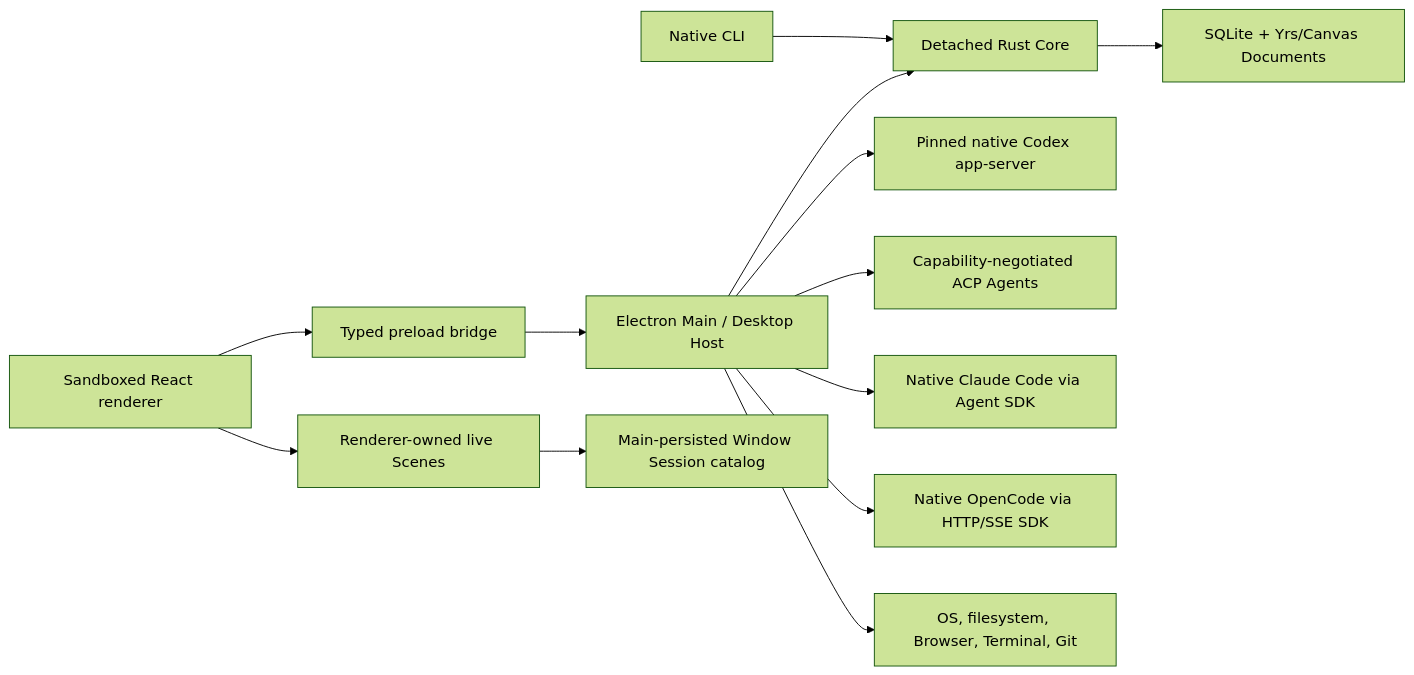
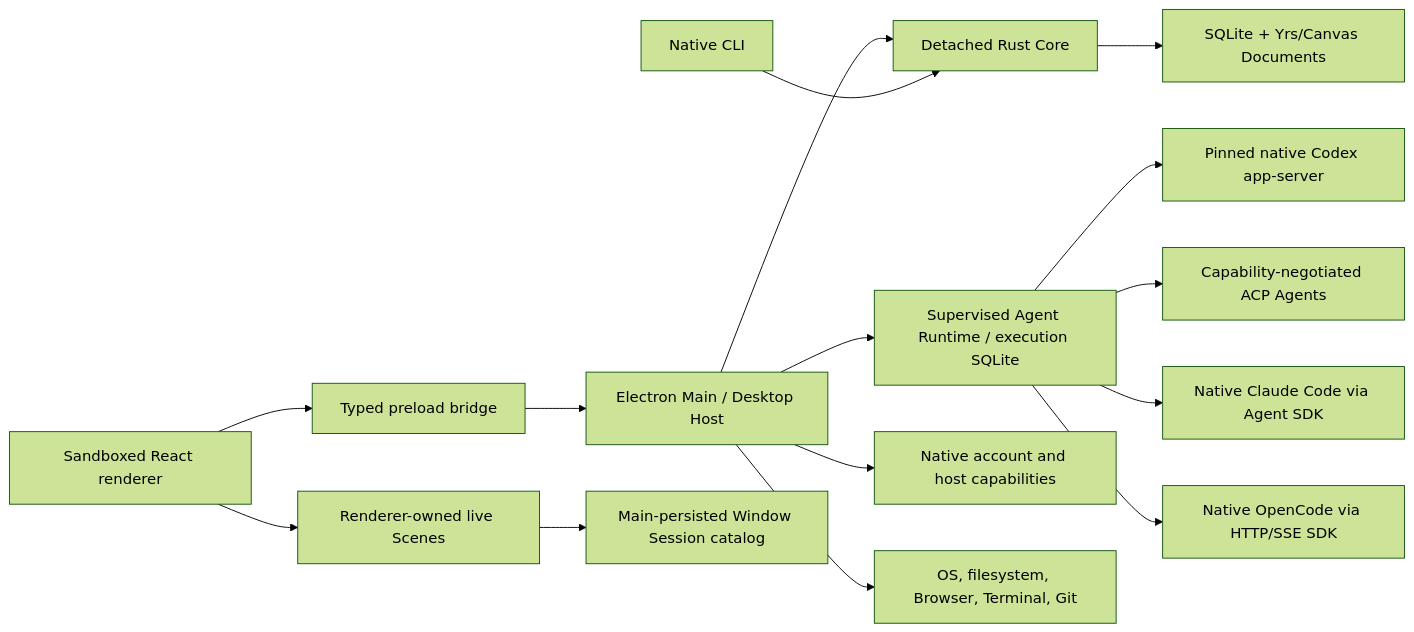
One commit to junyudev/nodex changed the first of 3 diagrams in docs/ARCHITECTURE.md. Above: the diagram before and after it, drawn with Mermaid (forest theme). The commit also changed other lines of this file and 2772 other files, not shown here.

````diff
--- a/docs/ARCHITECTURE.md
+++ b/docs/ARCHITECTURE.md
@@ -16,15 +16,17 @@
 ```mermaid
 flowchart LR
     Renderer["Sandboxed React renderer"] --> Preload["Typed preload bridge"]
     Preload --> Main["Electron Main / Desktop Host"]
     Main --> Core["Detached Rust Core"]
     CLI["Native CLI"] --> Core
     Core --> Store["SQLite + Yrs/Canvas Documents"]
-    Main --> Codex["Pinned native Codex app-server"]
-    Main --> ACP["Capability-negotiated ACP Agents"]
-    Main --> Claude["Native Claude Code via Agent SDK"]
-    Main --> OpenCode["Native OpenCode via HTTP/SSE SDK"]
+    Main --> Agent["Supervised Agent Runtime / execution SQLite"]
+    Agent --> Codex["Pinned native Codex app-server"]
+    Agent --> ACP["Capability-negotiated ACP Agents"]
+    Agent --> Claude["Native Claude Code via Agent SDK"]
+    Agent --> OpenCode["Native OpenCode via HTTP/SSE SDK"]
+    Main --> Accounts["Native account and host capabilities"]
     Main --> Host["OS, filesystem, Browser, Terminal, Git"]
     Renderer --> Scene["Renderer-owned live Scenes"]
     Scene --> Catalog["Main-persisted Window Session catalog"]
 ```
````
